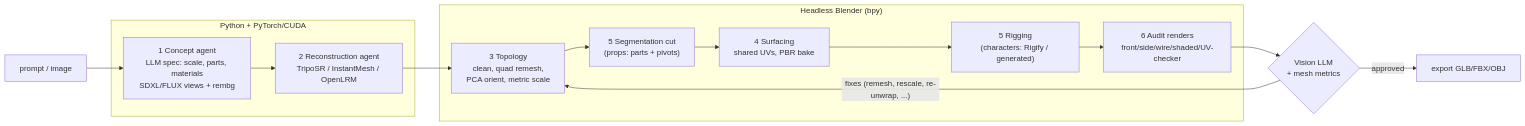
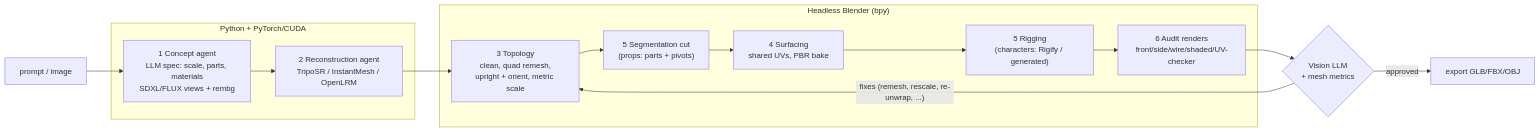
Before and after one commit to aisignupx-collab/3D: the diagram in README.md, drawn with Mermaid. The commit also changed other lines of this file and 7 other files, not shown here.

````diff
--- a/README.md
+++ b/README.md
@@ -19,17 +19,17 @@
 ```mermaid
 flowchart LR
     P[prompt / image] --> S1
     subgraph GPU["Python + PyTorch/CUDA"]
       S1["1 Concept agent<br/>LLM spec: scale, parts, materials<br/>SDXL/FLUX views + rembg"] --> S2["2 Reconstruction agent<br/>TripoSR / InstantMesh / OpenLRM"]
     end
     subgraph BL["Headless Blender (bpy)"]
-      S3["3 Topology<br/>clean, quad remesh,<br/>PCA orient, metric scale"] --> S5a["5 Segmentation cut<br/>(props: parts + pivots)"]
+      S3["3 Topology<br/>clean, quad remesh,<br/>upright + orient, metric scale"] --> S5a["5 Segmentation cut<br/>(props: parts + pivots)"]
       S5a --> S4["4 Surfacing<br/>shared UVs, PBR bake"]
       S4 --> S5b["5 Rigging<br/>(characters: Rigify / generated)"]
       S5b --> S6["6 Audit renders<br/>front/side/wire/shaded/UV-checker"]
     end
     S2 --> S3
     S6 --> A{"Vision LLM<br/>+ mesh metrics"}
     A -- "fixes (remesh, rescale, re-unwrap, ...)" --> S3
     A -- approved --> E[export GLB/FBX/OBJ]
 ```
````
